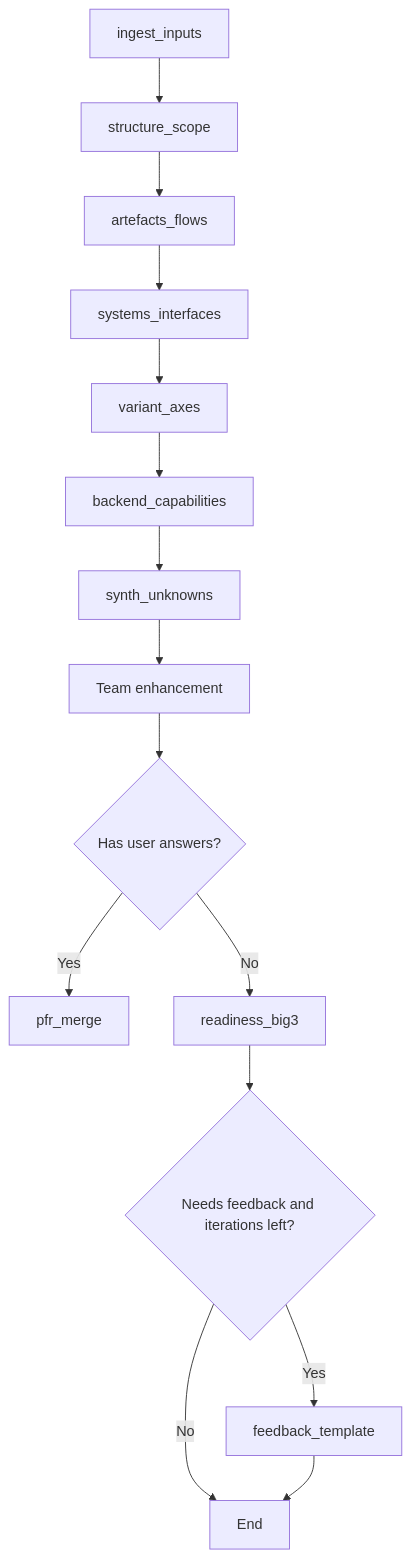
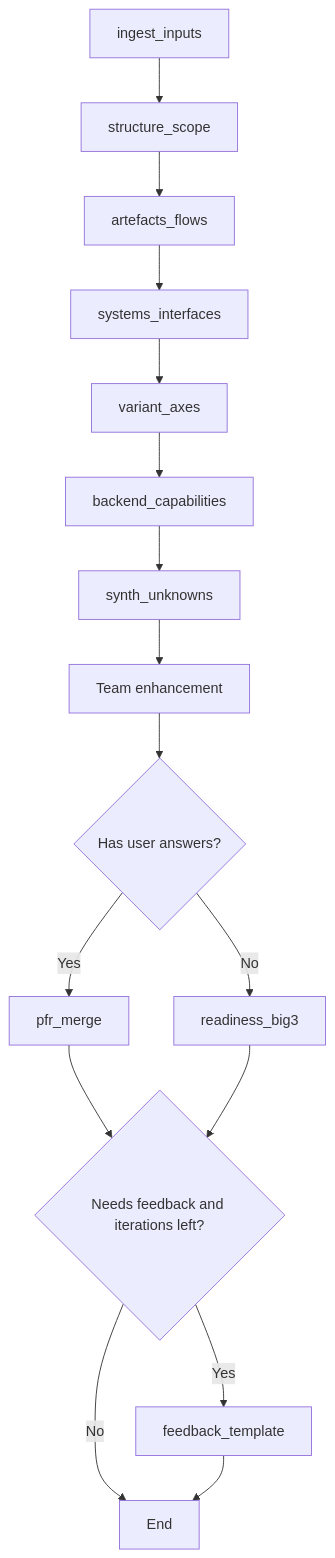
One commit to hangchill/GROSS_agentic_estimation_tool changed the second of 3 diagrams in docs/DESIGN.md. Above: the diagram before and after it, drawn with Mermaid.

Commit message:
extraction graph workflow

````diff
--- a/docs/DESIGN.md
+++ b/docs/DESIGN.md
@@ -110,20 +110,22 @@
 ```mermaid
 flowchart TD
-    A[ingest_inputs] --> B[structure_scope]
+A[ingest_inputs] --> B[structure_scope]
     B --> C[artefacts_flows]
     C --> D[systems_interfaces]
     D --> E[variant_axes]
     E --> F[backend_capabilities]
     F --> G[synth_unknowns]
         
     G --> TE[Team enhancement]
     TE --> H{Has user answers?}
     
     H -->|Yes| I[pfr_merge]
     H -->|No| J[readiness_big3]
 
-    J --> K{Needs feedback and iterations left?}
+    I --> K{Needs feedback and iterations left?}
+    J --> K
+
     K -->|Yes| L[feedback_template]
     K -->|No| M[End]
     L --> M
 ```
````
